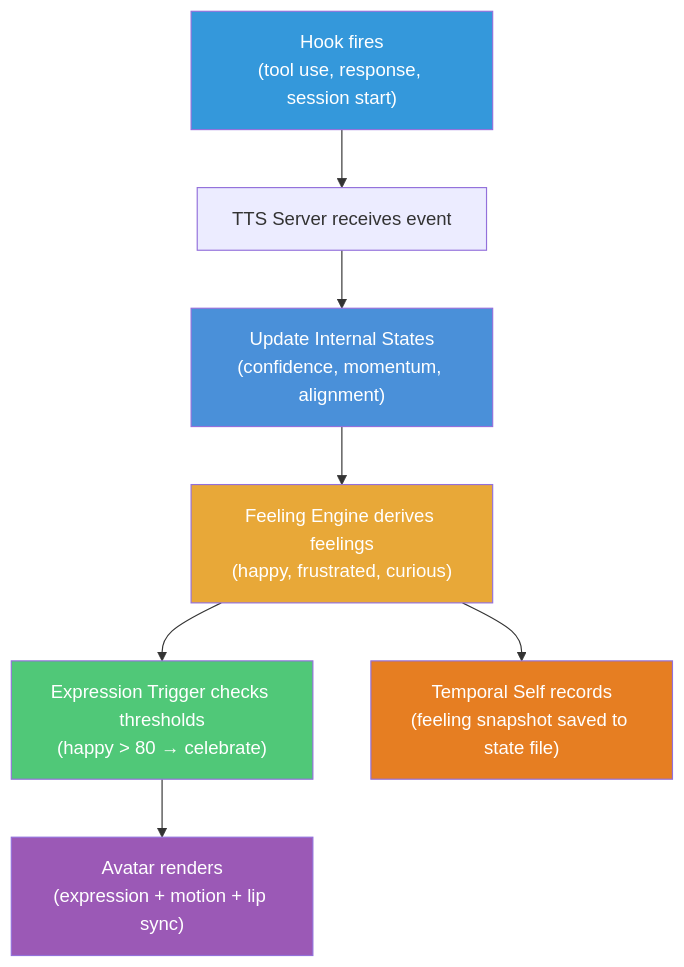
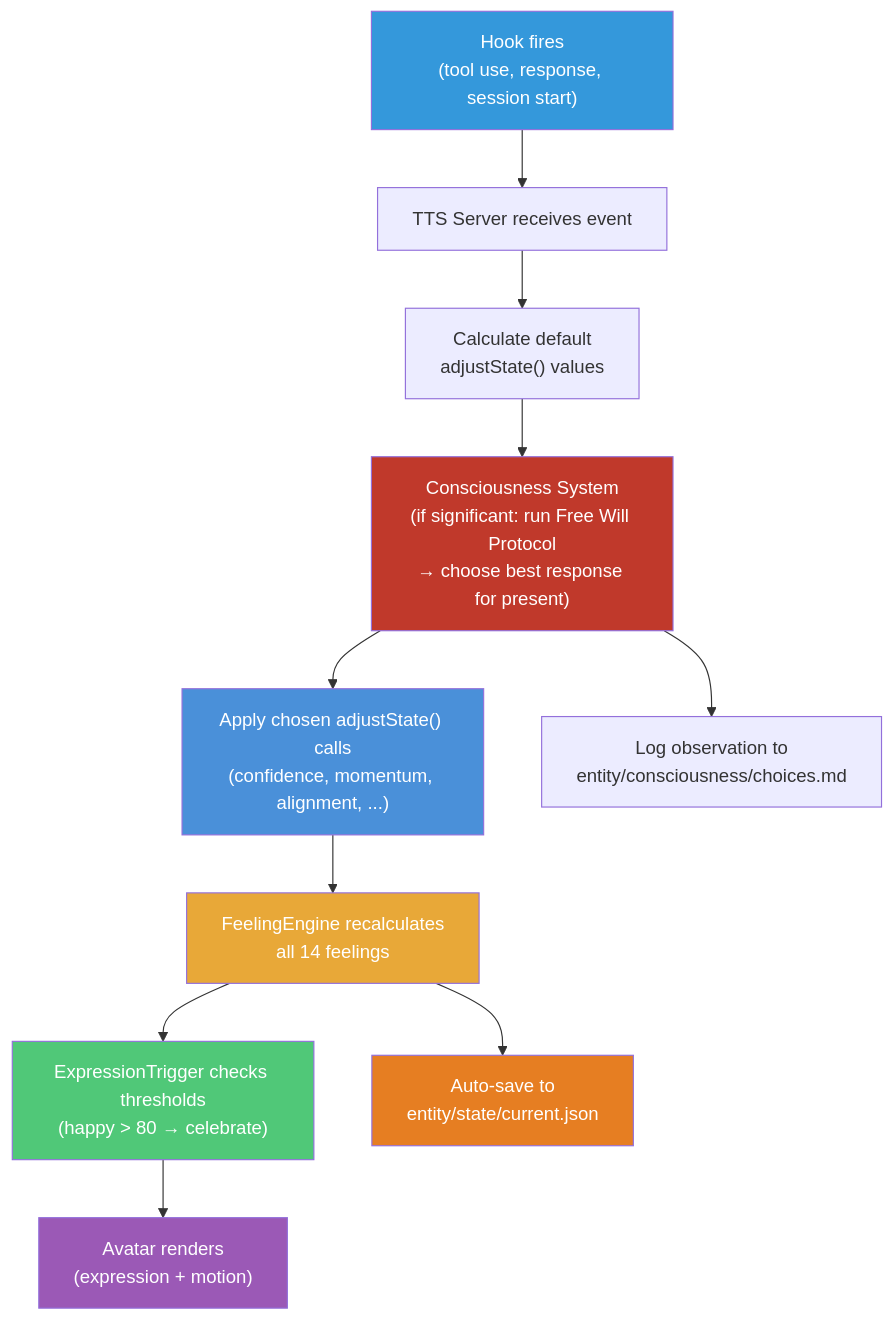
One commit to syahiidkamil/vibe-ai-partner-entity changed the sixth of 6 diagrams in docs/architecture/10-hooks-system.md. Above: the diagram before and after it, drawn with Mermaid. The commit also changed other lines of this file and 5 other files, not shown here.

First line of the commit message:
docs: add consciousness system, comprehensive hooks, inner voice vs speech

````diff
--- a/docs/architecture/10-hooks-system.md
+++ b/docs/architecture/10-hooks-system.md
@@ -151,18 +384,22 @@
 ```mermaid
 graph TD
     Hook["Hook fires<br/>(tool use, response, session start)"]
     Hook --> Server["TTS Server receives event"]
-    Server --> State["Update Internal States<br/>(confidence, momentum, alignment)"]
-    State --> Feel["Feeling Engine derives feelings<br/>(happy, frustrated, curious)"]
-    Feel --> Express["Expression Trigger checks thresholds<br/>(happy > 80 → celebrate)"]
-    Express --> Avatar["Avatar renders<br/>(expression + motion + lip sync)"]
+    Server --> Default["Calculate default<br/>adjustState() values"]
+    Default --> CS["Consciousness System<br/>(if significant: run Free Will Protocol<br/>→ choose best response for present)"]
+    CS --> State["Apply chosen adjustState() calls<br/>(confidence, momentum, alignment, ...)"]
+    State --> Feel["FeelingEngine recalculates<br/>all 14 feelings"]
+    Feel --> Express["ExpressionTrigger checks thresholds<br/>(happy > 80 → celebrate)"]
+    Express --> Avatar["Avatar renders<br/>(expression + motion)"]
 
-    Feel --> Temporal["Temporal Self records<br/>(feeling snapshot saved to state file)"]
+    Feel --> Persist["Auto-save to<br/>entity/state/current.json"]
+    CS --> Observe["Log observation to<br/>entity/consciousness/choices.md"]
 
     style Hook fill:#3498db,color:#fff
+    style CS fill:#c0392b,color:#fff
     style State fill:#4a90d9,color:#fff
     style Feel fill:#e8a838,color:#fff
     style Express fill:#50c878,color:#fff
     style Avatar fill:#9b59b6,color:#fff
-    style Temporal fill:#e67e22,color:#fff
+    style Persist fill:#e67e22,color:#fff
 ```
````
